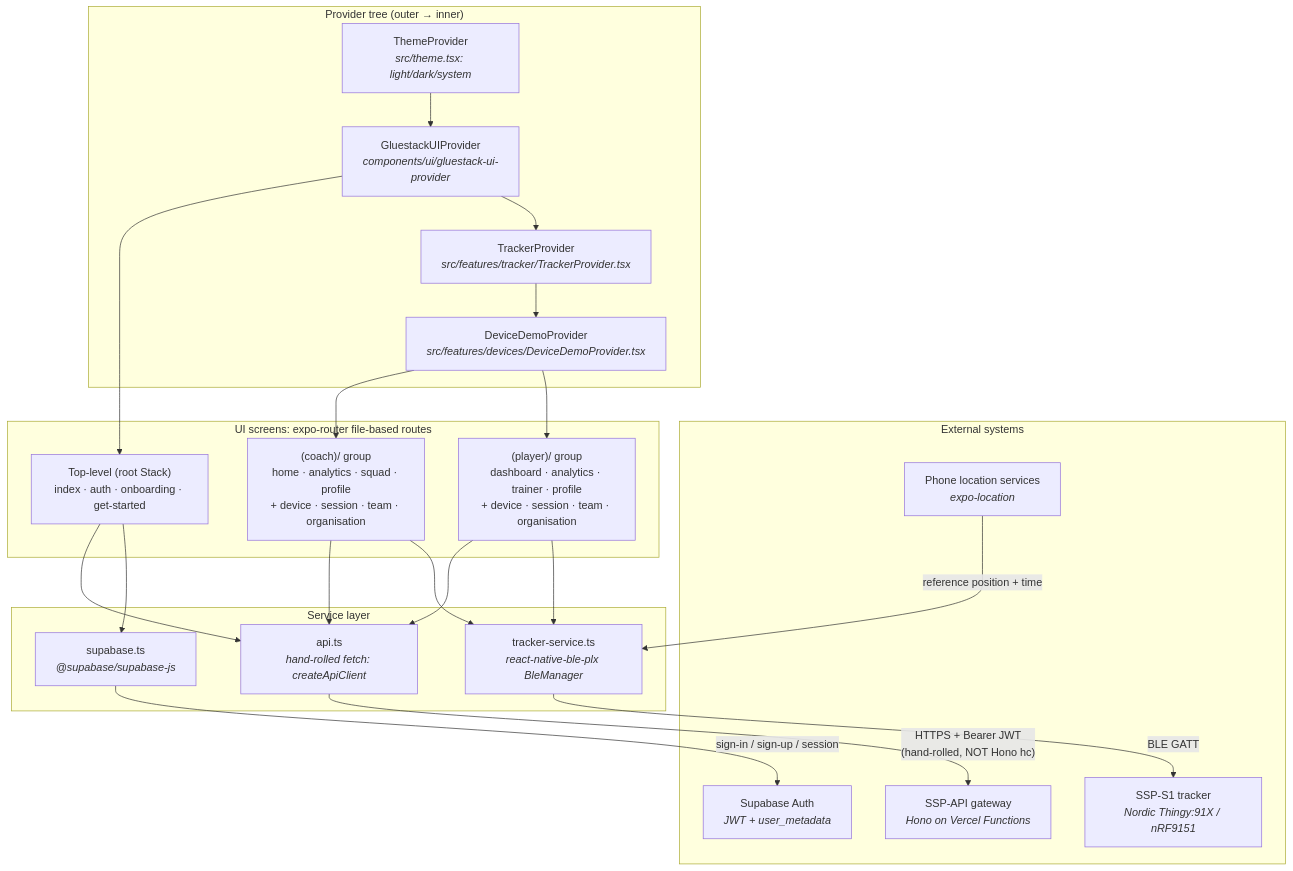
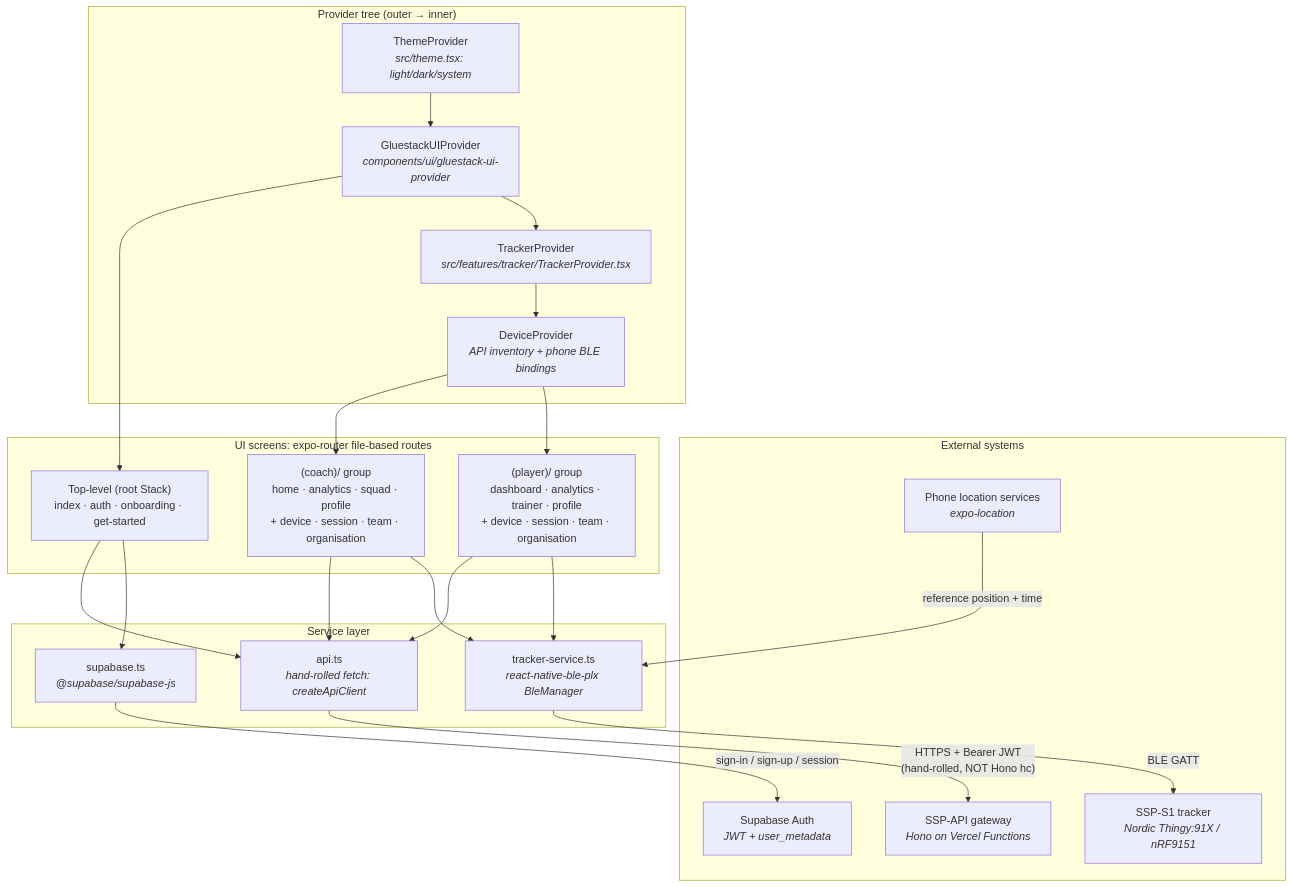
One commit to IzandlaSystem/SSP-Documentation changed the diagram in docs/projects/mobile-app/index.md. Above: the diagram before and after it, drawn with Mermaid. The commit also changed other lines of this file and 10 other files, not shown here.

````diff
--- a/docs/projects/mobile-app/index.md
+++ b/docs/projects/mobile-app/index.md
@@ -86,47 +91,47 @@
 ```mermaid
 flowchart TB
     subgraph External["External systems"]
         Gateway["SSP-API gateway<br/><i>Hono on Vercel Functions</i>"]
         SupabaseAuth["Supabase Auth<br/><i>JWT + user_metadata</i>"]
         PhoneLocation["Phone location services<br/><i>expo-location</i>"]
         SSPS1["SSP-S1 tracker<br/><i>Nordic Thingy:91X / nRF9151</i>"]
     end
 
     subgraph Services["Service layer"]
         ApiClient["api.ts<br/><i>hand-rolled fetch: createApiClient</i>"]
         SupabaseClient["supabase.ts<br/><i>@supabase/supabase-js</i>"]
         TrackerService["tracker-service.ts<br/><i>react-native-ble-plx BleManager</i>"]
     end
 
     subgraph Providers["Provider tree (outer → inner)"]
         Theme["ThemeProvider<br/><i>src/theme.tsx: light/dark/system</i>"]
         Gluestack["GluestackUIProvider<br/><i>components/ui/gluestack-ui-provider</i>"]
         Tracker["TrackerProvider<br/><i>src/features/tracker/TrackerProvider.tsx</i>"]
-        DeviceDemo["DeviceDemoProvider<br/><i>src/features/devices/DeviceDemoProvider.tsx</i>"]
+        Device["DeviceProvider<br/><i>API inventory + phone BLE bindings</i>"]
     end
 
     subgraph UI["UI screens: expo-router file-based routes"]
         TopLevel["Top-level (root Stack)<br/>index · auth · onboarding · get-started"]
         Coach["(coach)/ group<br/>home · analytics · squad · profile<br/>+ device · session · team · organisation"]
         Player["(player)/ group<br/>dashboard · analytics · trainer · profile<br/>+ device · session · team · organisation"]
     end
 
     Theme --> Gluestack
     Gluestack --> TopLevel
     Gluestack --> Tracker
-    Tracker --> DeviceDemo
-    DeviceDemo --> Coach
-    DeviceDemo --> Player
+    Tracker --> Device
+    Device --> Coach
+    Device --> Player
 
     TopLevel --> ApiClient
     Coach --> ApiClient
     Player --> ApiClient
     TopLevel --> SupabaseClient
     Coach --> TrackerService
     Player --> TrackerService
 
     ApiClient -->|"HTTPS + Bearer JWT<br/>(hand-rolled, NOT Hono hc)"| Gateway
     SupabaseClient -->|"sign-in / sign-up / session"| SupabaseAuth
     TrackerService -->|"BLE GATT"| SSPS1
     PhoneLocation -->|"reference position + time"| TrackerService
 ```
````
